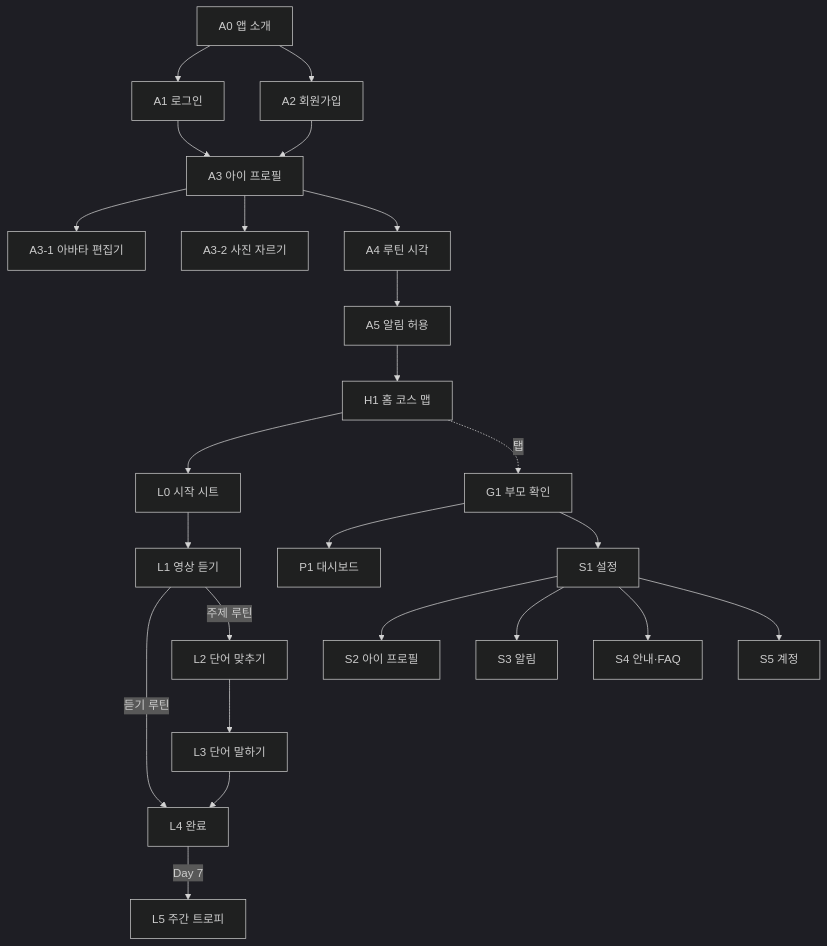
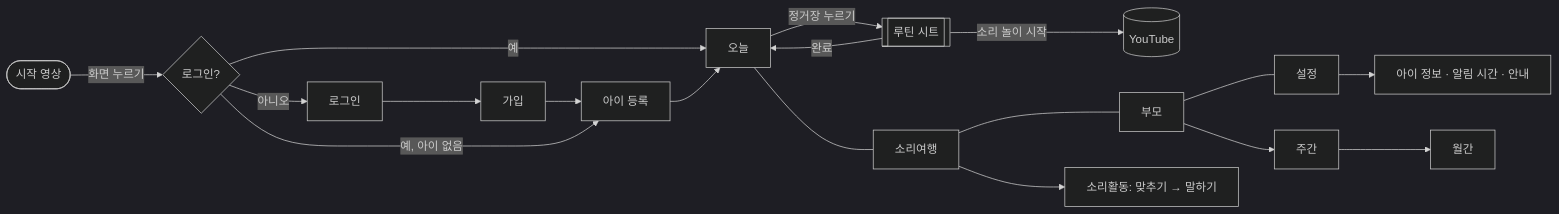
One commit to lala-david/app changed the diagram in docs/src/04-화면-명세서.md. Above: the diagram before and after it, drawn with Mermaid (dark theme). The commit also changed other lines of this file and 139 other files, not shown here.

First line of the commit message:
Rebuild the API on a normalized schema and rewrite the planning docs for v2

````diff
--- a/docs/src/04-화면-명세서.md
+++ b/docs/src/04-화면-명세서.md
@@ -19,16 +25,16 @@
 ```mermaid
-flowchart TD
-  A0[A0 앱 소개] --> A1[A1 로그인] --> A3[A3 아이 프로필]
-  A0 --> A2[A2 회원가입] --> A3
-  A3 --> A3a[A3-1 아바타 편집기]
-  A3 --> A3b[A3-2 사진 자르기]
-  A3 --> A4[A4 루틴 시각] --> A5[A5 알림 허용] --> H1[H1 홈 코스 맵]
-  H1 --> L0[L0 시작 시트]
-  L0 --> L1[L1 영상 듣기]
-  L1 -->|듣기 루틴| L4[L4 완료]
-  L1 -->|주제 루틴| L2[L2 단어 맞추기] --> L3[L3 단어 말하기] --> L4
-  L4 -->|Day 7| L5[L5 주간 트로피]
-  H1 -. 탭 .-> G1[G1 부모 확인] --> P1[P1 대시보드]
-  G1 --> S1[S1 설정]
-  S1 --> S2[S2 아이 프로필] & S3[S3 알림] & S4[S4 안내·FAQ] & S5[S5 계정]
+flowchart LR
+  S0([시작 영상]) -->|화면 누르기| G{로그인?}
+  G -- 아니오 --> A1[로그인] --> A2[가입]
+  A2 --> A3[아이 등록]
+  G -- 예, 아이 없음 --> A3
+  G -- 예 --> T1
+  A3 --> T1[오늘]
+  T1 -->|정거장 누르기| T2[[루틴 시트]]
+  T2 -->|소리 놀이 시작| YT[(YouTube)]
+  T2 -->|완료| T1
+  T1 --- J1[소리여행] --- P1[부모] --- C1[설정]
+  J1 --> J2[소리활동: 맞추기 → 말하기]
+  P1 --> P2[주간] --> P3[월간]
+  C1 --> C2[아이 정보 · 알림 시간 · 안내]
 ```
````
